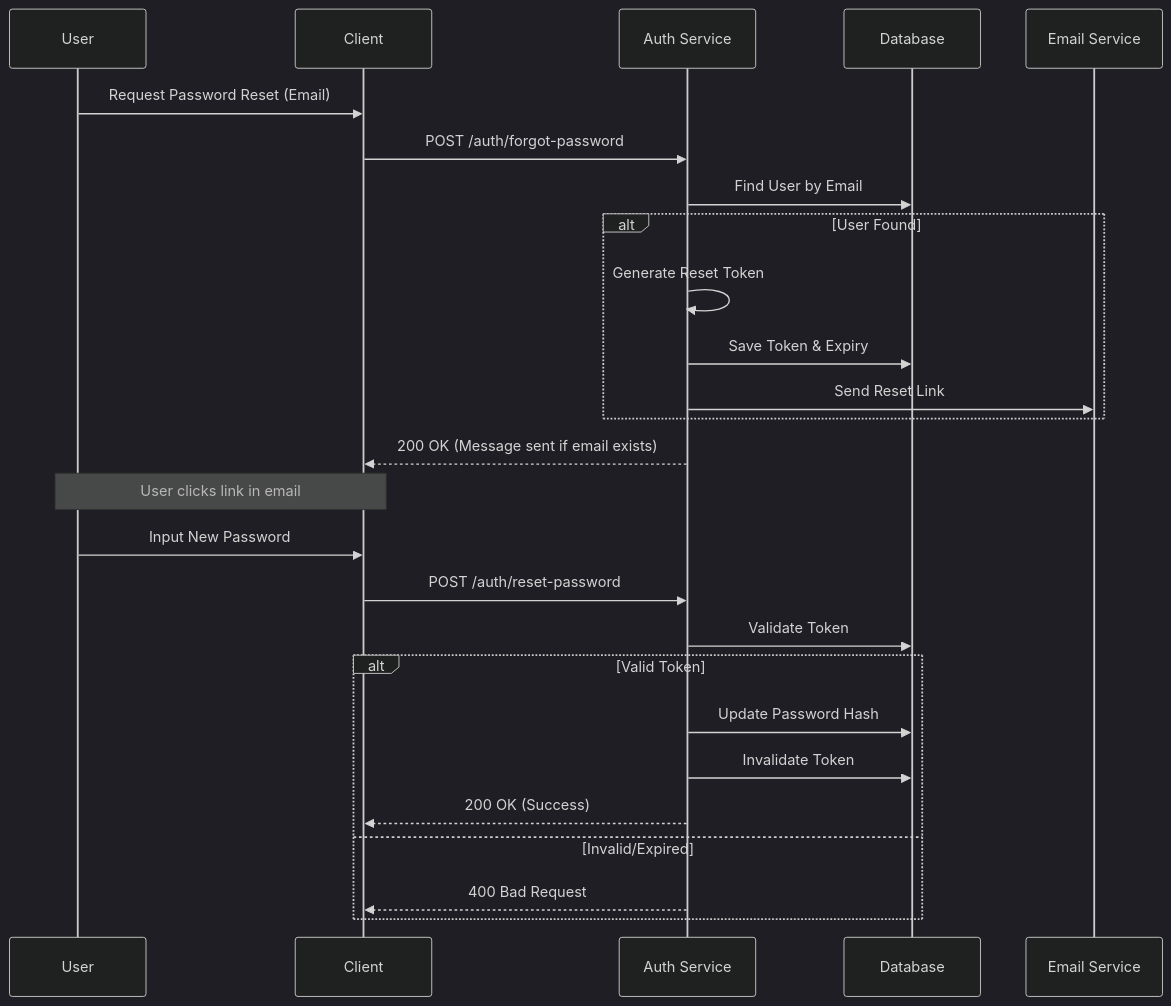
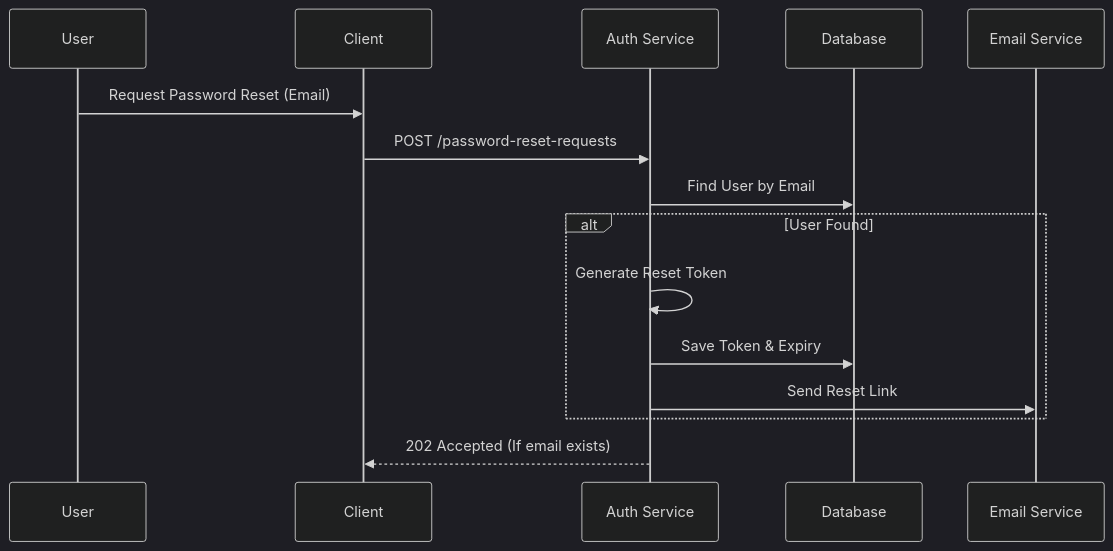
One commit to vheins/vibe-coding-template changed the third of 3 diagrams in .agent/modules/iam-security/authentication.md. Above: the diagram before and after it, drawn with Mermaid (dark theme). The commit also changed other lines of this file and 3 other files, not shown here.

````diff
--- a/.agent/modules/iam-security/authentication.md
+++ b/.agent/modules/iam-security/authentication.md
@@ -70,30 +113,18 @@
 ```mermaid
 sequenceDiagram
     participant User
     participant Client
     participant API as Auth Service
     participant DB as Database
     participant Email as Email Service
 
     User->>Client: Request Password Reset (Email)
-    Client->>API: POST /auth/forgot-password
+    Client->>API: POST /password-reset-requests
     API->>DB: Find User by Email
     alt User Found
         API->>API: Generate Reset Token
         API->>DB: Save Token & Expiry
         API->>Email: Send Reset Link
     end
-    API-->>Client: 200 OK (Message sent if email exists)
-
-    Note over User, Client: User clicks link in email
-    User->>Client: Input New Password
-    Client->>API: POST /auth/reset-password
-    API->>DB: Validate Token
-    alt Valid Token
-        API->>DB: Update Password Hash
-        API->>DB: Invalidate Token
-        API-->>Client: 200 OK (Success)
-    else Invalid/Expired
-        API-->>Client: 400 Bad Request
-    end
+    API-->>Client: 202 Accepted (If email exists)
 ```
````
